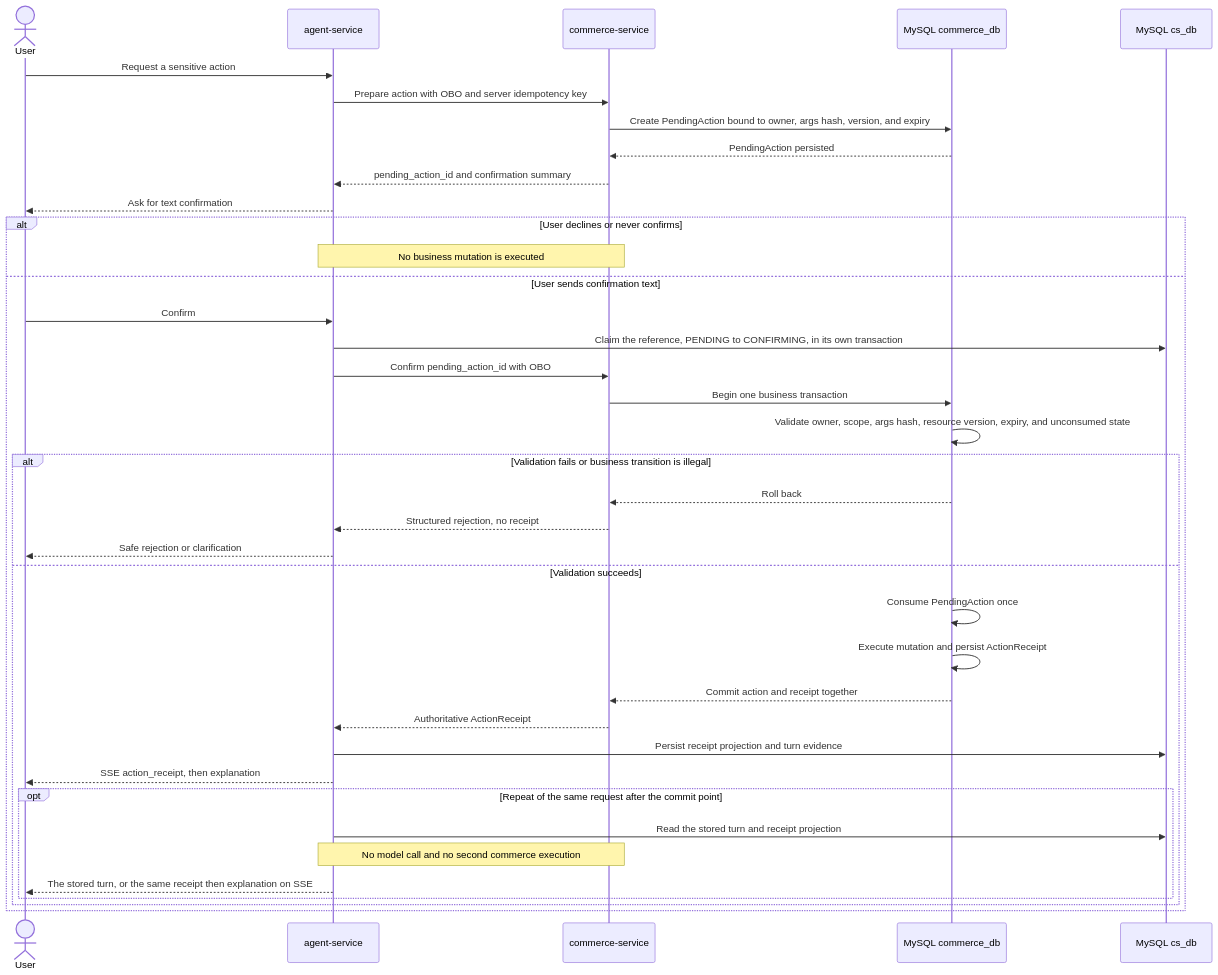
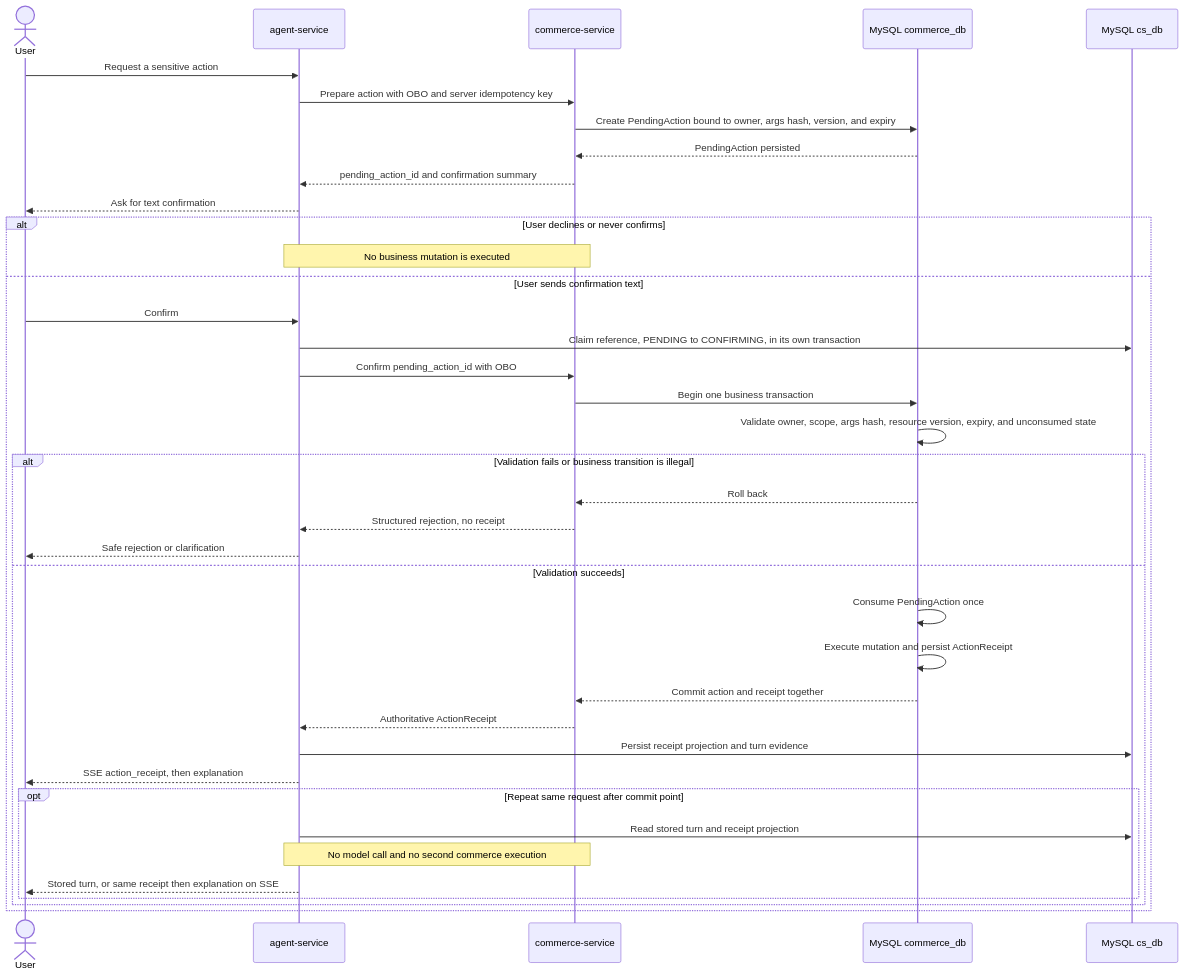
The third of 3 diagrams in docs/CONTRACTS.md (ChanTso/citybuddy), drawn with Mermaid before and after one commit. The commit also changed other lines of this file and 9 other files, not shown here.

````diff
--- a/docs/CONTRACTS.md
+++ b/docs/CONTRACTS.md
@@ -469,42 +544,42 @@
 ```mermaid
 sequenceDiagram
     actor U as User
     participant G as agent-service
     participant C as commerce-service
     participant D as MySQL commerce_db
     participant E as MySQL cs_db
 
     U->>G: Request a sensitive action
     G->>C: Prepare action with OBO and server idempotency key
     C->>D: Create PendingAction bound to owner, args hash, version, and expiry
     D-->>C: PendingAction persisted
     C-->>G: pending_action_id and confirmation summary
     G-->>U: Ask for text confirmation
 
     alt User declines or never confirms
         Note over G,C: No business mutation is executed
     else User sends confirmation text
         U->>G: Confirm
-        G->>E: Claim the reference, PENDING to CONFIRMING, in its own transaction
+        G->>E: Claim reference, PENDING to CONFIRMING, in its own transaction
         G->>C: Confirm pending_action_id with OBO
         C->>D: Begin one business transaction
         D->>D: Validate owner, scope, args hash, resource version, expiry, and unconsumed state
         alt Validation fails or business transition is illegal
             D-->>C: Roll back
             C-->>G: Structured rejection, no receipt
             G-->>U: Safe rejection or clarification
         else Validation succeeds
             D->>D: Consume PendingAction once
             D->>D: Execute mutation and persist ActionReceipt
             D-->>C: Commit action and receipt together
             C-->>G: Authoritative ActionReceipt
             G->>E: Persist receipt projection and turn evidence
             G-->>U: SSE action_receipt, then explanation
-            opt Repeat of the same request after the commit point
-                G->>E: Read the stored turn and receipt projection
+            opt Repeat same request after commit point
+                G->>E: Read stored turn and receipt projection
                 Note over G,C: No model call and no second commerce execution
-                G-->>U: The stored turn, or the same receipt then explanation on SSE
+                G-->>U: Stored turn, or same receipt then explanation on SSE
             end
         end
     end
 ```
````
